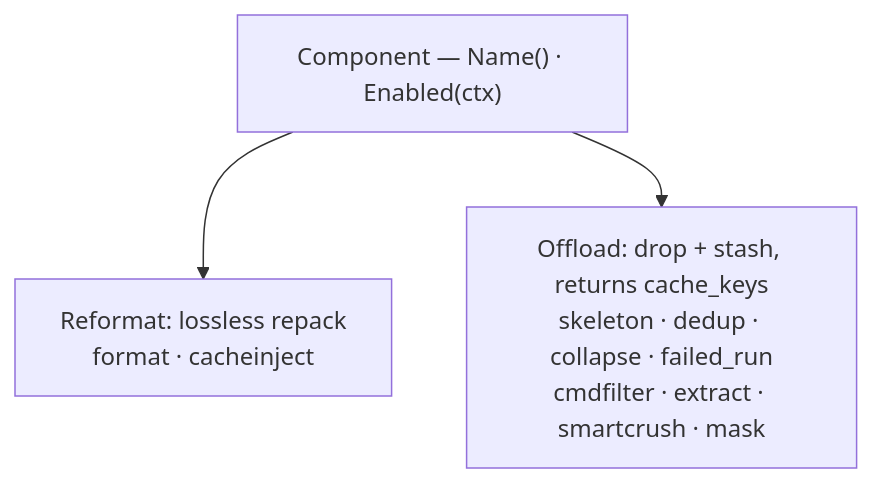
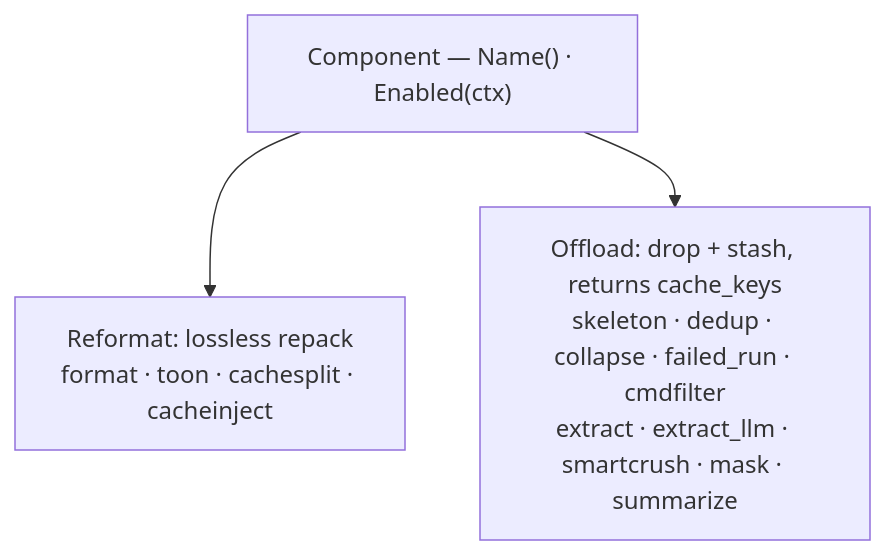
Before and after one commit to itay-nakash/context-guru: the second of 2 diagrams in docs/get-started/overview.md, drawn with Mermaid. The commit also changed 17 other files, not shown here.

````diff
--- a/docs/get-started/overview.md
+++ b/docs/get-started/overview.md
@@ -49,6 +49,6 @@
 ```mermaid
 flowchart TD
   C["Component — Name() · Enabled(ctx)"]
-  C --> R["Reformat: lossless repack<br/>format · cacheinject"]
-  C --> O["Offload: drop + stash, returns cache_keys<br/>skeleton · dedup · collapse · failed_run<br/>cmdfilter · extract · smartcrush · mask"]
+  C --> R["Reformat: lossless repack<br/>format · toon · cachesplit · cacheinject"]
+  C --> O["Offload: drop + stash, returns cache_keys<br/>skeleton · dedup · collapse · failed_run · cmdfilter<br/>extract · extract_llm · smartcrush · mask · summarize"]
 ```
````
